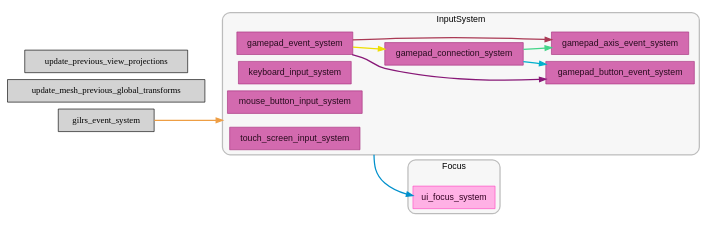
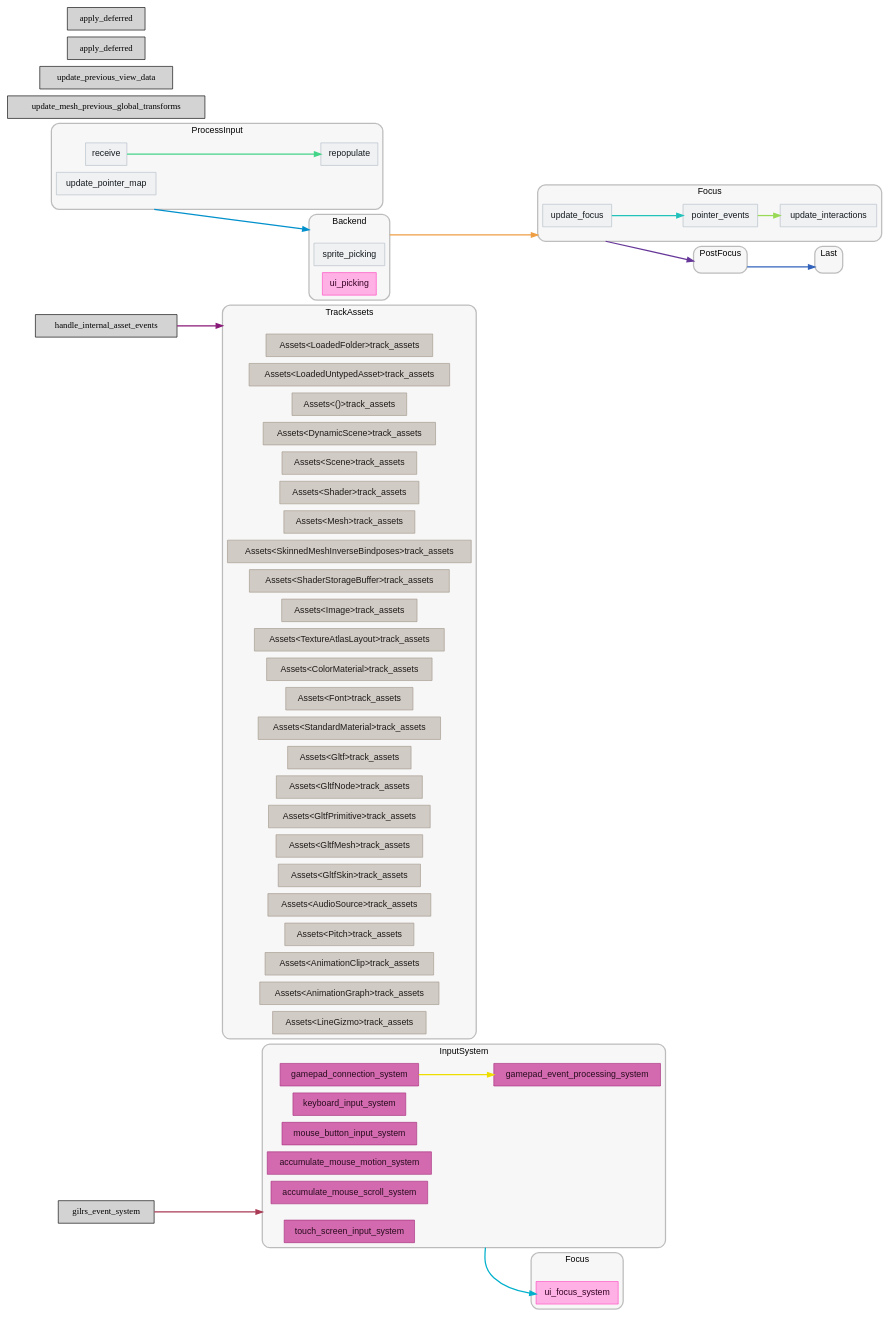
The diagram in docs/schedule/light/schedule_PreUpdate.dot (jakobhellermann/bevy_mod_debugdump), drawn with Graphviz before and after one commit. The commit also changed 76 other files, not shown here.

```diff
--- a/docs/schedule/light/schedule_PreUpdate.dot
+++ b/docs/schedule/light/schedule_PreUpdate.dot
@@ -15,17 +15,65 @@
 		"fontcolor"="#000000";
 		"color"="#00000040";
 		"penwidth"="2";
-		"set_marker_node_Set(1)" ["style"="invis", "label"="", "height"="0", "shape"="point"]
+		"set_marker_node_Set(1)" ["style"="invis", "label"="", "shape"="point"]
 		"node_System(0)" ["label"="keyboard_input_system", "tooltip"="bevy_input::keyboard::keyboard_input_system", "fillcolor"="#d36aaf", "fontname"="Helvetica", "fontcolor"="#270b1d", "color"="#a5317d", "penwidth"="1"]
 		"node_System(1)" ["label"="mouse_button_input_system", "tooltip"="bevy_input::mouse::mouse_button_input_system", "fillcolor"="#d36aaf", "fontname"="Helvetica", "fontcolor"="#270b1d", "color"="#a5317d", "penwidth"="1"]
-		"node_System(2)" ["label"="gamepad_event_system", "tooltip"="bevy_input::gamepad::gamepad_event_system", "fillcolor"="#d36aaf", "fontname"="Helvetica", "fontcolor"="#270b1d", "color"="#a5317d", "penwidth"="1"]
-		"node_System(3)" ["label"="gamepad_connection_system", "tooltip"="bevy_input::gamepad::gamepad_connection_system", "fillcolor"="#d36aaf", "fontname"="Helvetica", "fontcolor"="#270b1d", "color"="#a5317d", "penwidth"="1"]
-		"node_System(4)" ["label"="gamepad_button_event_system", "tooltip"="bevy_input::gamepad::gamepad_button_event_system", "fillcolor"="#d36aaf", "fontname"="Helvetica", "fontcolor"="#270b1d", "color"="#a5317d", "penwidth"="1"]
-		"node_System(5)" ["label"="gamepad_axis_event_system", "tooltip"="bevy_input::gamepad::gamepad_axis_event_system", "fillcolor"="#d36aaf", "fontname"="Helvetica", "fontcolor"="#270b1d", "color"="#a5317d", "penwidth"="1"]
+		"node_System(2)" ["label"="accumulate_mouse_motion_system", "tooltip"="bevy_input::mouse::accumulate_mouse_motion_system", "fillcolor"="#d36aaf", "fontname"="Helvetica", "fontcolor"="#270b1d", "color"="#a5317d", "penwidth"="1"]
+		"node_System(3)" ["label"="accumulate_mouse_scroll_system", "tooltip"="bevy_input::mouse::accumulate_mouse_scroll_system", "fillcolor"="#d36aaf", "fontname"="Helvetica", "fontcolor"="#270b1d", "color"="#a5317d", "penwidth"="1"]
+		"node_System(4)" ["label"="gamepad_connection_system", "tooltip"="bevy_input::gamepad::gamepad_connection_system", "fillcolor"="#d36aaf", "fontname"="Helvetica", "fontcolor"="#270b1d", "color"="#a5317d", "penwidth"="1"]
+		"node_System(5)" ["label"="gamepad_event_processing_system", "tooltip"="bevy_input::gamepad::gamepad_event_processing_system", "fillcolor"="#d36aaf", "fontname"="Helvetica", "fontcolor"="#270b1d", "color"="#a5317d", "penwidth"="1"]
 		"node_System(6)" ["label"="touch_screen_input_system", "tooltip"="bevy_input::touch::touch_screen_input_system", "fillcolor"="#d36aaf", "fontname"="Helvetica", "fontcolor"="#270b1d", "color"="#a5317d", "penwidth"="1"]
 	}
 	
 	subgraph "clusternode_Set(9)" {
+		"style"="rounded,filled";
+		"label"="TrackAssets";
+		"tooltip"="TrackAssets";
+		"fillcolor"="#00000008";
+		"fontcolor"="#000000";
+		"color"="#00000040";
+		"penwidth"="2";
+		"set_marker_node_Set(9)" ["style"="invis", "label"="", "shape"="point"]
+		"node_System(7)" ["label"="Assets<LoadedFolder>track_assets", "tooltip"="bevy_asset::assets::Assets<bevy_asset::folder::LoadedFolder>::track_assets", "fillcolor"="#d1cbc5", "fontname"="Helvetica", "fontcolor"="#1c1916", "color"="#a3988c", "penwidth"="1"]
+		"node_System(8)" ["label"="Assets<LoadedUntypedAsset>track_assets", "tooltip"="bevy_asset::assets::Assets<bevy_asset::assets::LoadedUntypedAsset>::track_assets", "fillcolor"="#d1cbc5", "fontname"="Helvetica", "fontcolor"="#1c1916", "color"="#a3988c", "penwidth"="1"]
+		"node_System(9)" ["label"="Assets<()>track_assets", "tooltip"="bevy_asset::assets::Assets<()>::track_assets", "fillcolor"="#d1cbc5", "fontname"="Helvetica", "fontcolor"="#1c1916", "color"="#a3988c", "penwidth"="1"]
+		"node_System(11)" ["label"="Assets<DynamicScene>track_assets", "tooltip"="bevy_asset::assets::Assets<bevy_scene::dynamic_scene::DynamicScene>::track_assets", "fillcolor"="#d1cbc5", "fontname"="Helvetica", "fontcolor"="#1c1916", "color"="#a3988c", "penwidth"="1"]
+		"node_System(12)" ["label"="Assets<Scene>track_assets", "tooltip"="bevy_asset::assets::Assets<bevy_scene::scene::Scene>::track_assets", "fillcolor"="#d1cbc5", "fontname"="Helvetica", "fontcolor"="#1c1916", "color"="#a3988c", "penwidth"="1"]
+		"node_System(13)" ["label"="Assets<Shader>track_assets", "tooltip"="bevy_asset::assets::Assets<bevy_render::render_resource::shader::Shader>::track_assets", "fillcolor"="#d1cbc5", "fontname"="Helvetica", "fontcolor"="#1c1916", "color"="#a3988c", "penwidth"="1"]
+		"node_System(14)" ["label"="Assets<Mesh>track_assets", "tooltip"="bevy_asset::assets::Assets<bevy_mesh::mesh::Mesh>::track_assets", "fillcolor"="#d1cbc5", "fontname"="Helvetica", "fontcolor"="#1c1916", "color"="#a3988c", "penwidth"="1"]
+		"node_System(15)" ["label"="Assets<SkinnedMeshInverseBindposes>track_assets", "tooltip"="bevy_asset::assets::Assets<bevy_mesh::skinning::SkinnedMeshInverseBindposes>::track_assets", "fillcolor"="#d1cbc5", "fontname"="Helvetica", "fontcolor"="#1c1916", "color"="#a3988c", "penwidth"="1"]
+		"node_System(16)" ["label"="Assets<ShaderStorageBuffer>track_assets", "tooltip"="bevy_asset::assets::Assets<bevy_render::storage::ShaderStorageBuffer>::track_assets", "fillcolor"="#d1cbc5", "fontname"="Helvetica", "fontcolor"="#1c1916", "color"="#a3988c", "penwidth"="1"]
+		"node_System(17)" ["label"="Assets<Image>track_assets", "tooltip"="bevy_asset::assets::Assets<bevy_image::image::Image>::track_assets", "fillcolor"="#d1cbc5", "fontname"="Helvetica", "fontcolor"="#1c1916", "color"="#a3988c", "penwidth"="1"]
+		"node_System(18)" ["label"="Assets<TextureAtlasLayout>track_assets", "tooltip"="bevy_asset::assets::Assets<bevy_sprite::texture_atlas::TextureAtlasLayout>::track_assets", "fillcolor"="#d1cbc5", "fontname"="Helvetica", "fontcolor"="#1c1916", "color"="#a3988c", "penwidth"="1"]
+		"node_System(19)" ["label"="Assets<ColorMaterial>track_assets", "tooltip"="bevy_asset::assets::Assets<bevy_sprite::mesh2d::color_material::ColorMaterial>::track_assets", "fillcolor"="#d1cbc5", "fontname"="Helvetica", "fontcolor"="#1c1916", "color"="#a3988c", "penwidth"="1"]
+		"node_System(21)" ["label"="Assets<Font>track_assets", "tooltip"="bevy_asset::assets::Assets<bevy_text::font::Font>::track_assets", "fillcolor"="#d1cbc5", "fontname"="Helvetica", "fontcolor"="#1c1916", "color"="#a3988c", "penwidth"="1"]
+		"node_System(24)" ["label"="Assets<StandardMaterial>track_assets", "tooltip"="bevy_asset::assets::Assets<bevy_pbr::pbr_material::StandardMaterial>::track_assets", "fillcolor"="#d1cbc5", "fontname"="Helvetica", "fontcolor"="#1c1916", "color"="#a3988c", "penwidth"="1"]
+		"node_System(27)" ["label"="Assets<Gltf>track_assets", "tooltip"="bevy_asset::assets::Assets<bevy_gltf::Gltf>::track_assets", "fillcolor"="#d1cbc5", "fontname"="Helvetica", "fontcolor"="#1c1916", "color"="#a3988c", "penwidth"="1"]
+		"node_System(28)" ["label"="Assets<GltfNode>track_assets", "tooltip"="bevy_asset::assets::Assets<bevy_gltf::GltfNode>::track_assets", "fillcolor"="#d1cbc5", "fontname"="Helvetica", "fontcolor"="#1c1916", "color"="#a3988c", "penwidth"="1"]
+		"node_System(29)" ["label"="Assets<GltfPrimitive>track_assets", "tooltip"="bevy_asset::assets::Assets<bevy_gltf::GltfPrimitive>::track_assets", "fillcolor"="#d1cbc5", "fontname"="Helvetica", "fontcolor"="#1c1916", "color"="#a3988c", "penwidth"="1"]
+		"node_System(30)" ["label"="Assets<GltfMesh>track_assets", "tooltip"="bevy_asset::assets::Assets<bevy_gltf::GltfMesh>::track_assets", "fillcolor"="#d1cbc5", "fontname"="Helvetica", "fontcolor"="#1c1916", "color"="#a3988c", "penwidth"="1"]
+		"node_System(31)" ["label"="Assets<GltfSkin>track_assets", "tooltip"="bevy_asset::assets::Assets<bevy_gltf::GltfSkin>::track_assets", "fillcolor"="#d1cbc5", "fontname"="Helvetica", "fontcolor"="#1c1916", "color"="#a3988c", "penwidth"="1"]
+		"node_System(32)" ["label"="Assets<AudioSource>track_assets", "tooltip"="bevy_asset::assets::Assets<bevy_audio::audio_source::AudioSource>::track_assets", "fillcolor"="#d1cbc5", "fontname"="Helvetica", "fontcolor"="#1c1916", "color"="#a3988c", "penwidth"="1"]
+		"node_System(33)" ["label"="Assets<Pitch>track_assets", "tooltip"="bevy_asset::assets::Assets<bevy_audio::pitch::Pitch>::track_assets", "fillcolor"="#d1cbc5", "fontname"="Helvetica", "fontcolor"="#1c1916", "color"="#a3988c", "penwidth"="1"]
+		"node_System(35)" ["label"="Assets<AnimationClip>track_assets", "tooltip"="bevy_asset::assets::Assets<bevy_animation::AnimationClip>::track_assets", "fillcolor"="#d1cbc5", "fontname"="Helvetica", "fontcolor"="#1c1916", "color"="#a3988c", "penwidth"="1"]
+		"node_System(36)" ["label"="Assets<AnimationGraph>track_assets", "tooltip"="bevy_asset::assets::Assets<bevy_animation::graph::AnimationGraph>::track_assets", "fillcolor"="#d1cbc5", "fontname"="Helvetica", "fontcolor"="#1c1916", "color"="#a3988c", "penwidth"="1"]
+		"node_System(37)" ["label"="Assets<LineGizmo>track_assets", "tooltip"="bevy_asset::assets::Assets<bevy_gizmos::LineGizmo>::track_assets", "fillcolor"="#d1cbc5", "fontname"="Helvetica", "fontcolor"="#1c1916", "color"="#a3988c", "penwidth"="1"]
+	}
+	
+	subgraph "clusternode_Set(23)" {
+		"style"="rounded,filled";
+		"label"="Backend";
+		"tooltip"="Backend";
+		"fillcolor"="#00000008";
+		"fontcolor"="#000000";
+		"color"="#00000040";
+		"penwidth"="2";
+		"set_marker_node_Set(23)" ["style"="invis", "label"="", "shape"="point"]
+		"node_System(20)" ["label"="sprite_picking", "tooltip"="bevy_sprite::picking_backend::sprite_picking", "fillcolor"="#eff1f3", "fontname"="Helvetica", "fontcolor"="#15191d", "color"="#b4bec7", "penwidth"="1"]
+		"node_System(23)" ["label"="ui_picking", "tooltip"="bevy_ui::picking_backend::ui_picking", "fillcolor"="#ffb1e5", "fontname"="Helvetica", "fontcolor"="#320021", "color"="#ff4bc2", "penwidth"="1"]
+	}
+	
+	subgraph "clusternode_Set(26)" {
 		"style"="rounded,filled";
 		"label"="Focus";
 		"tooltip"="Focus";
@@ -33,18 +81,75 @@
 		"fontcolor"="#000000";
 		"color"="#00000040";
 		"penwidth"="2";
-		"set_marker_node_Set(9)" ["style"="invis", "label"="", "height"="0", "shape"="point"]
-		"node_System(7)" ["label"="ui_focus_system", "tooltip"="bevy_ui::focus::ui_focus_system", "fillcolor"="#ffb1e5", "fontname"="Helvetica", "fontcolor"="#320021", "color"="#ff4bc2", "penwidth"="1"]
+		"set_marker_node_Set(26)" ["style"="invis", "label"="", "shape"="point"]
+		"node_System(22)" ["label"="ui_focus_system", "tooltip"="bevy_ui::focus::ui_focus_system", "fillcolor"="#ffb1e5", "fontname"="Helvetica", "fontcolor"="#320021", "color"="#ff4bc2", "penwidth"="1"]
 	}
 	
-	"node_System(8)" ["label"="update_mesh_previous_global_transforms", "tooltip"="bevy_pbr::prepass::update_mesh_previous_global_transforms"]
-	"node_System(9)" ["label"="update_previous_view_projections", "tooltip"="bevy_pbr::prepass::update_previous_view_projections"]
-	"node_System(10)" ["label"="gilrs_event_system", "tooltip"="bevy_gilrs::gilrs_system::gilrs_event_system"]
-	"node_System(2)" -> "node_System(3)" ["lhead"="", "ltail"="", "tooltip"="SystemTypeSet(FunctionSystem<fn(EventReader<GamepadEvent>, EventWriter<GamepadConnectionEvent>, EventWriter<GamepadButtonChangedEvent>, EventWriter<GamepadAxisChangedEvent>, ResMut<ButtonInput<GamepadButton>>), gamepad_event_system>()) → gamepad_connection_system", "color"="#eede00"]
-	"node_System(2)" -> "node_System(4)" ["lhead"="", "ltail"="", "tooltip"="SystemTypeSet(FunctionSystem<fn(EventReader<GamepadEvent>, EventWriter<GamepadConnectionEvent>, EventWriter<GamepadButtonChangedEvent>, EventWriter<GamepadAxisChangedEvent>, ResMut<ButtonInput<GamepadButton>>), gamepad_event_system>()) → gamepad_button_event_system", "color"="#881877"]
-	"node_System(3)" -> "node_System(4)" ["lhead"="", "ltail"="", "tooltip"="SystemTypeSet(FunctionSystem<fn(ResMut<Gamepads>, EventReader<GamepadConnectionEvent>, ResMut<Axis<GamepadAxis>>, ResMut<Axis<GamepadButton>>, ResMut<ButtonInput<GamepadButton>>), gamepad_connection_system>()) → gamepad_button_event_system", "color"="#00b0cc"]
-	"node_System(2)" -> "node_System(5)" ["lhead"="", "ltail"="", "tooltip"="SystemTypeSet(FunctionSystem<fn(EventReader<GamepadEvent>, EventWriter<GamepadConnectionEvent>, EventWriter<GamepadButtonChangedEvent>, EventWriter<GamepadAxisChangedEvent>, ResMut<ButtonInput<GamepadButton>>), gamepad_event_system>()) → gamepad_axis_event_system", "color"="#aa3a55"]
-	"node_System(3)" -> "node_System(5)" ["lhead"="", "ltail"="", "tooltip"="SystemTypeSet(FunctionSystem<fn(ResMut<Gamepads>, EventReader<GamepadConnectionEvent>, ResMut<Axis<GamepadAxis>>, ResMut<Axis<GamepadButton>>, ResMut<ButtonInput<GamepadButton>>), gamepad_connection_system>()) → gamepad_axis_event_system", "color"="#44d488"]
-	"set_marker_node_Set(1)" -> "node_System(7)" ["lhead"="", "ltail"="clusternode_Set(1)", "tooltip"="InputSystem → ui_focus_system", "color"="#0090cc"]
-	"node_System(10)" -> "set_marker_node_Set(1)" ["lhead"="clusternode_Set(1)", "ltail"="", "tooltip"="gilrs_event_system → InputSystem", "color"="#ee9e44"]
+	subgraph "clusternode_Set(43)" {
+		"style"="rounded,filled";
+		"label"="ProcessInput";
+		"tooltip"="ProcessInput";
+		"fillcolor"="#00000008";
+		"fontcolor"="#000000";
+		"color"="#00000040";
+		"penwidth"="2";
+		"set_marker_node_Set(43)" ["style"="invis", "label"="", "shape"="point"]
+		"node_System(38)" ["label"="update_pointer_map", "tooltip"="bevy_picking::pointer::update_pointer_map", "fillcolor"="#eff1f3", "fontname"="Helvetica", "fontcolor"="#15191d", "color"="#b4bec7", "penwidth"="1"]
+		"node_System(39)" ["label"="receive", "tooltip"="bevy_picking::pointer::PointerInput::receive", "fillcolor"="#eff1f3", "fontname"="Helvetica", "fontcolor"="#15191d", "color"="#b4bec7", "penwidth"="1"]
+		"node_System(40)" ["label"="repopulate", "tooltip"="bevy_picking::backend::ray::RayMap::repopulate", "fillcolor"="#eff1f3", "fontname"="Helvetica", "fontcolor"="#15191d", "color"="#b4bec7", "penwidth"="1"]
+	}
+	
+	subgraph "clusternode_Set(46)" {
+		"style"="rounded,filled";
+		"label"="Focus";
+		"tooltip"="Focus";
+		"fillcolor"="#00000008";
+		"fontcolor"="#000000";
+		"color"="#00000040";
+		"penwidth"="2";
+		"set_marker_node_Set(46)" ["style"="invis", "label"="", "shape"="point"]
+		"node_System(41)" ["label"="update_focus", "tooltip"="bevy_picking::focus::update_focus", "fillcolor"="#eff1f3", "fontname"="Helvetica", "fontcolor"="#15191d", "color"="#b4bec7", "penwidth"="1"]
+		"node_System(42)" ["label"="pointer_events", "tooltip"="bevy_picking::events::pointer_events", "fillcolor"="#eff1f3", "fontname"="Helvetica", "fontcolor"="#15191d", "color"="#b4bec7", "penwidth"="1"]
+		"node_System(43)" ["label"="update_interactions", "tooltip"="bevy_picking::focus::update_interactions", "fillcolor"="#eff1f3", "fontname"="Helvetica", "fontcolor"="#15191d", "color"="#b4bec7", "penwidth"="1"]
+	}
+	
+	subgraph "clusternode_Set(47)" {
+		"style"="rounded,filled";
+		"label"="PostFocus";
+		"tooltip"="PostFocus";
+		"fillcolor"="#00000008";
+		"fontcolor"="#000000";
+		"color"="#00000040";
+		"penwidth"="2";
+		"set_marker_node_Set(47)" ["style"="invis", "label"="", "shape"="point"]
+	}
+	
+	subgraph "clusternode_Set(48)" {
+		"style"="rounded,filled";
+		"label"="Last";
+		"tooltip"="Last";
+		"fillcolor"="#00000008";
+		"fontcolor"="#000000";
+		"color"="#00000040";
+		"penwidth"="2";
+		"set_marker_node_Set(48)" ["style"="invis", "label"="", "shape"="point"]
+	}
+	
+	"node_System(10)" ["label"="handle_internal_asset_events", "tooltip"="bevy_asset::server::handle_internal_asset_events"]
+	"node_System(25)" ["label"="update_mesh_previous_global_transforms", "tooltip"="bevy_pbr::prepass::update_mesh_previous_global_transforms"]
+	"node_System(26)" ["label"="update_previous_view_data", "tooltip"="bevy_pbr::prepass::update_previous_view_data"]
+	"node_System(34)" ["label"="gilrs_event_system", "tooltip"="bevy_gilrs::gilrs_system::gilrs_event_system"]
+	"node_System(44)" ["label"="apply_deferred", "tooltip"="bevy_ecs::schedule::executor::apply_deferred"]
+	"node_System(45)" ["label"="apply_deferred", "tooltip"="bevy_ecs::schedule::executor::apply_deferred"]
+	"node_System(4)" -> "node_System(5)" ["lhead"="", "ltail"="", "tooltip"="SystemTypeSet(fn bevy_ecs::system::function_system::FunctionSystem<fn(bevy_ecs::system::commands::Commands, bevy_ecs::event::reader::EventReader<bevy_input::gamepad::GamepadConnectionEvent>), bevy_input::gamepad::gamepad_connection_system>()) → gamepad_event_processing_system", "color"="#eede00"]
+	"node_System(10)" -> "set_marker_node_Set(9)" ["lhead"="clusternode_Set(9)", "ltail"="", "tooltip"="SystemTypeSet(fn bevy_ecs::system::exclusive_function_system::ExclusiveFunctionSystem<fn(), bevy_asset::server::handle_internal_asset_events>()) → TrackAssets", "color"="#881877"]
+	"set_marker_node_Set(1)" -> "node_System(22)" ["lhead"="", "ltail"="clusternode_Set(1)", "tooltip"="InputSystem → ui_focus_system", "color"="#00b0cc"]
+	"node_System(34)" -> "set_marker_node_Set(1)" ["lhead"="clusternode_Set(1)", "ltail"="", "tooltip"="gilrs_event_system → InputSystem", "color"="#aa3a55"]
+	"node_System(39)" -> "node_System(40)" ["lhead"="", "ltail"="", "tooltip"="SystemTypeSet(fn bevy_ecs::system::function_system::FunctionSystem<fn(bevy_ecs::event::reader::EventReader<bevy_picking::pointer::PointerInput>, bevy_ecs::system::query::Query<(&bevy_picking::pointer::PointerId, &mut bevy_picking::pointer::PointerLocation, &mut bevy_picking::pointer::PointerPress)>), bevy_picking::pointer::PointerInput::receive>()) → repopulate", "color"="#44d488"]
+	"set_marker_node_Set(43)" -> "set_marker_node_Set(23)" ["lhead"="clusternode_Set(23)", "ltail"="clusternode_Set(43)", "tooltip"="ProcessInput → Backend", "color"="#0090cc"]
+	"set_marker_node_Set(23)" -> "set_marker_node_Set(46)" ["lhead"="clusternode_Set(46)", "ltail"="clusternode_Set(23)", "tooltip"="Backend → Focus", "color"="#ee9e44"]
+	"set_marker_node_Set(46)" -> "set_marker_node_Set(47)" ["lhead"="clusternode_Set(47)", "ltail"="clusternode_Set(46)", "tooltip"="Focus → PostFocus", "color"="#663699"]
+	"set_marker_node_Set(47)" -> "set_marker_node_Set(48)" ["lhead"="clusternode_Set(48)", "ltail"="clusternode_Set(47)", "tooltip"="PostFocus → Last", "color"="#3363bb"]
+	"node_System(41)" -> "node_System(42)" ["lhead"="", "ltail"="", "tooltip"="update_focus → pointer_events", "color"="#22c2bb"]
+	"node_System(42)" -> "node_System(43)" ["lhead"="", "ltail"="", "tooltip"="pointer_events → update_interactions", "color"="#99d955"]
 }
```
